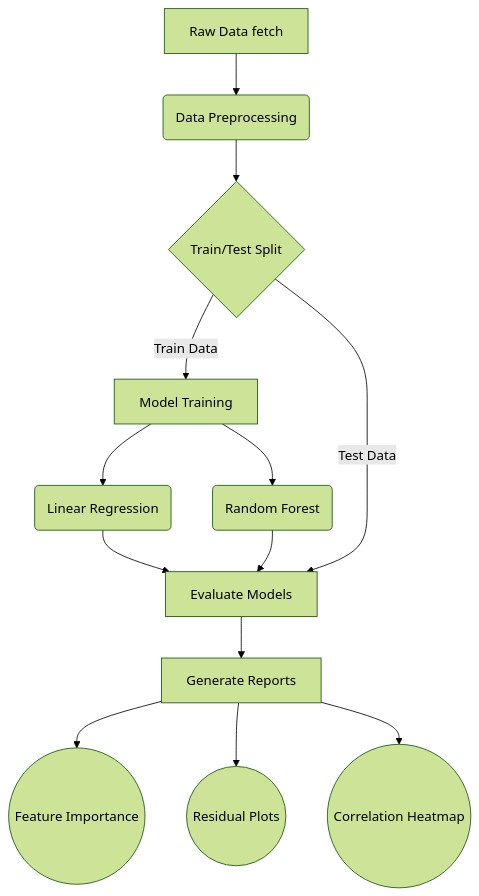
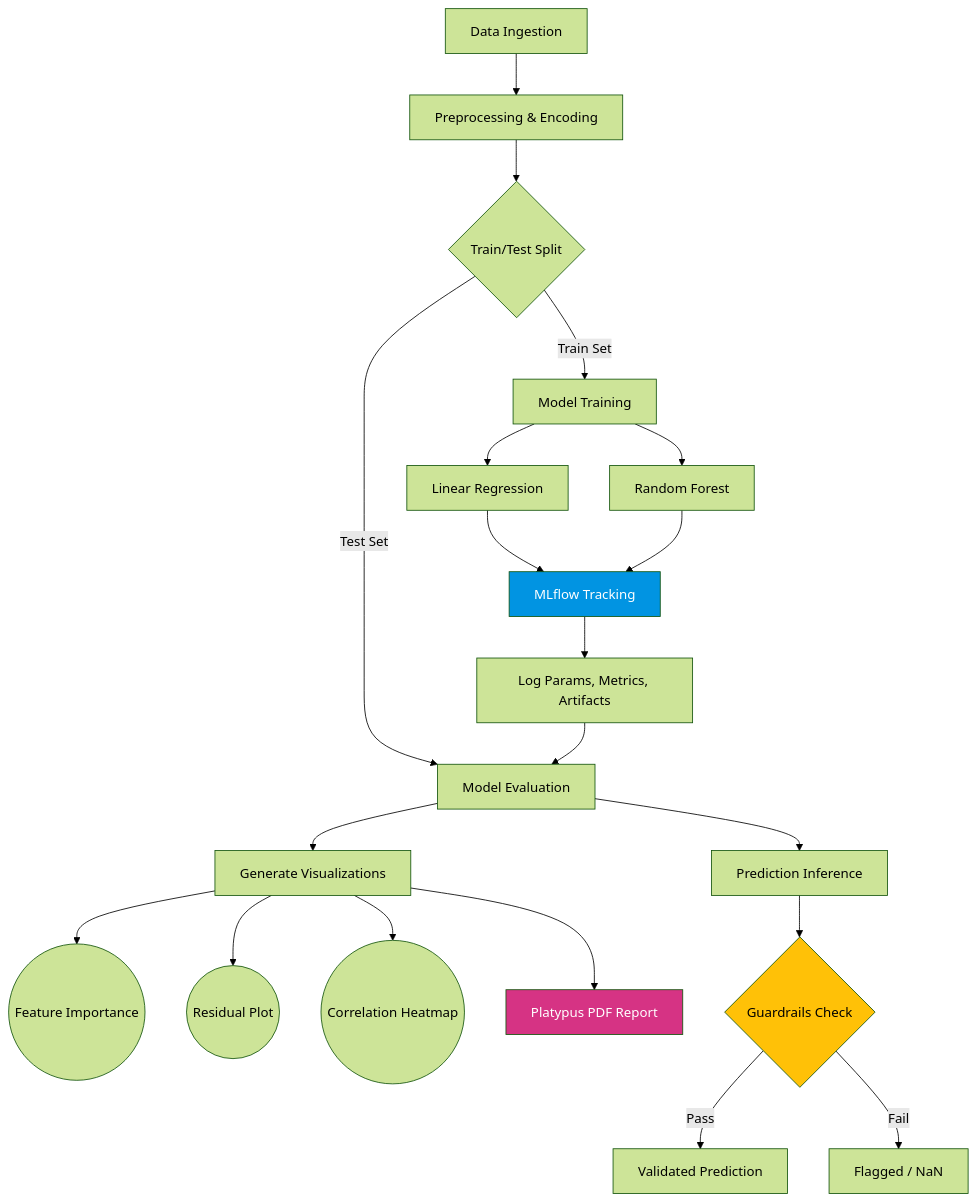
Before and after one commit to GaneshArwan/housing_price_prediction: the diagram in README.md, drawn with Mermaid (forest theme). The commit also changed other lines of this file and 17 other files, not shown here.

````diff
--- a/README.md
+++ b/README.md
@@ -80,15 +90,26 @@
 ```mermaid
 graph TD
-    A[Raw Data fetch] --> B(Data Preprocessing)
+    A[Data Ingestion] --> B[Preprocessing & Encoding]
     B --> C{Train/Test Split}
-    C -->|Train Data| D[Model Training]
-    D --> E(Linear Regression)
-    D --> F(Random Forest)
-    E --> G[Evaluate Models]
+    C -->|Train Set| D[Model Training]
+    D --> E[Linear Regression]
+    D --> F[Random Forest]
+    E --> G[MLflow Tracking]
     F --> G
-    C -->|Test Data| G
-    G --> H[Generate Reports]
-    H --> I((Feature Importance))
-    H --> J((Residual Plots))
-    H --> K((Correlation Heatmap))
+    G --> H[Log Params, Metrics, Artifacts]
+    C -->|Test Set| I[Model Evaluation]
+    H --> I
+    I --> J[Generate Visualizations]
+    J --> K((Feature Importance))
+    J --> L((Residual Plot))
+    J --> M((Correlation Heatmap))
+    J --> N[Platypus PDF Report]
+    I --> O[Prediction Inference]
+    O --> P{Guardrails Check}
+    P -->|Pass| Q[Validated Prediction]
+    P -->|Fail| R[Flagged / NaN]
+
+    style G fill:#0194E2,color:#fff
+    style N fill:#d63384,color:#fff
+    style P fill:#ffc107,color:#000
 ```
````
